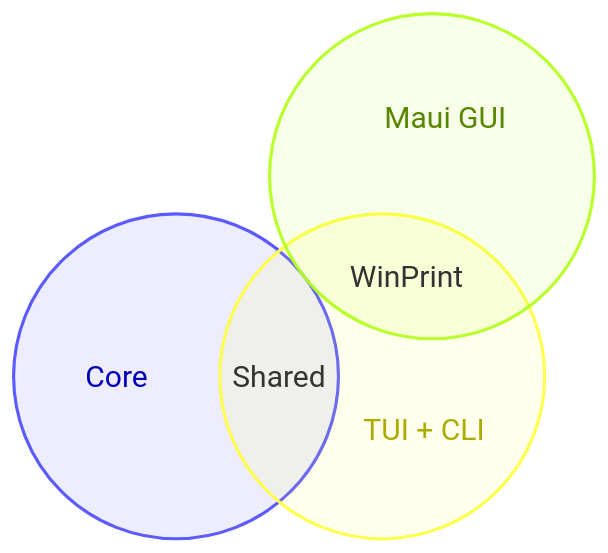
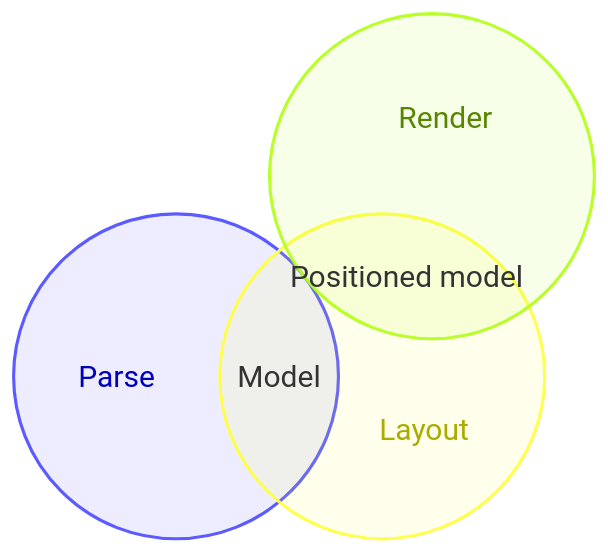
Diagram 13 of 27 in tests/Mermaider.Tests/Fixtures/mermaid.md (nullean/mermaider), drawn with Mermaid before and after one commit. The commit also changed other lines of this file, not shown here.

Commit message:
Rewrite mermaid.md fixture to be Mermaider-focused, remove WinPrint references

````diff
--- a/tests/Mermaider.Tests/Fixtures/mermaid.md
+++ b/tests/Mermaider.Tests/Fixtures/mermaid.md
@@ -211,8 +185,8 @@
 ```mermaid
 venn-beta
-    set Core["Core"]
-    set TUI["TUI + CLI"]
-    set GUI["Maui GUI"]
-    union Core,TUI["Shared"]
-    union TUI,GUI["WinPrint"]
+    set A["Parse"]
+    set B["Layout"]
+    set C["Render"]
+    union A,B["Model"]
+    union B,C["Positioned model"]
 ```
````
